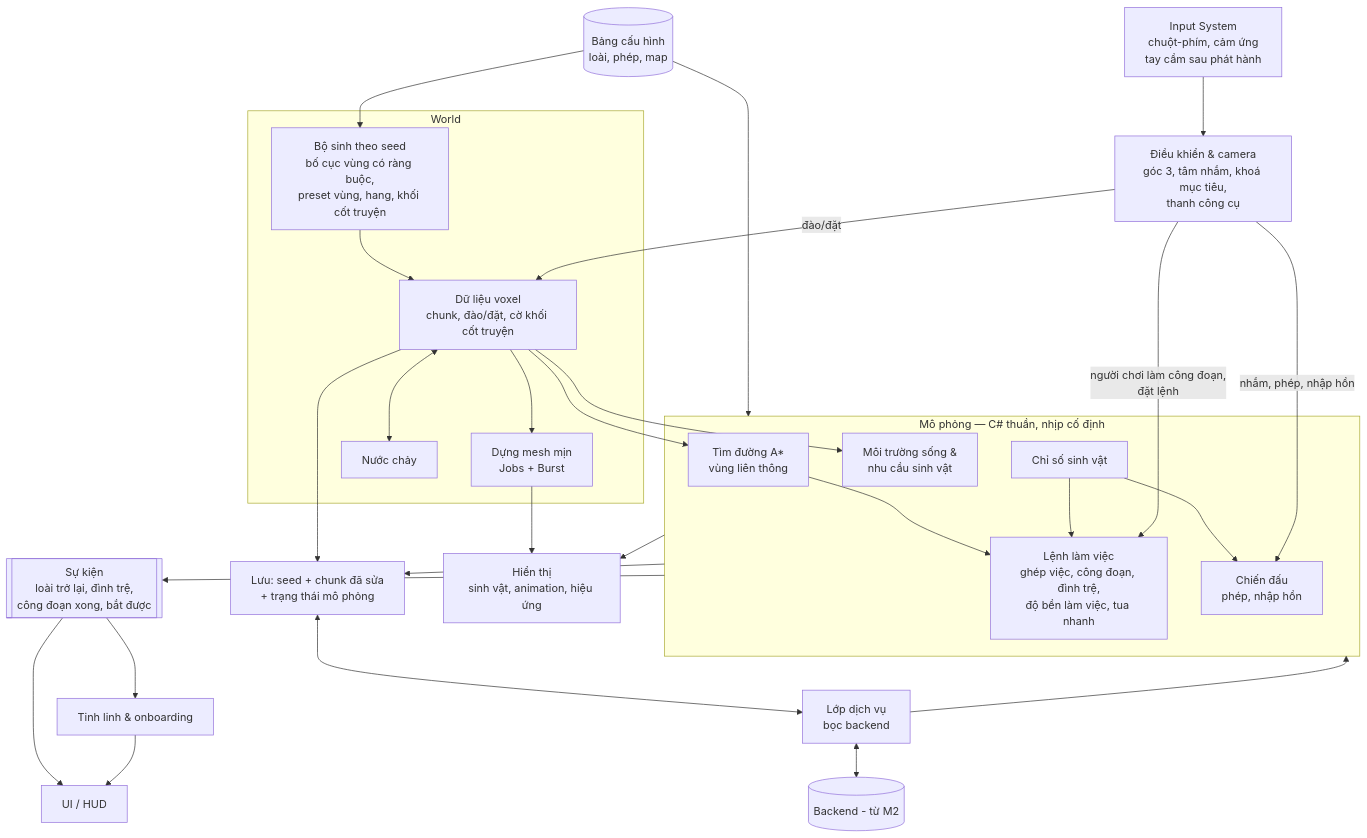
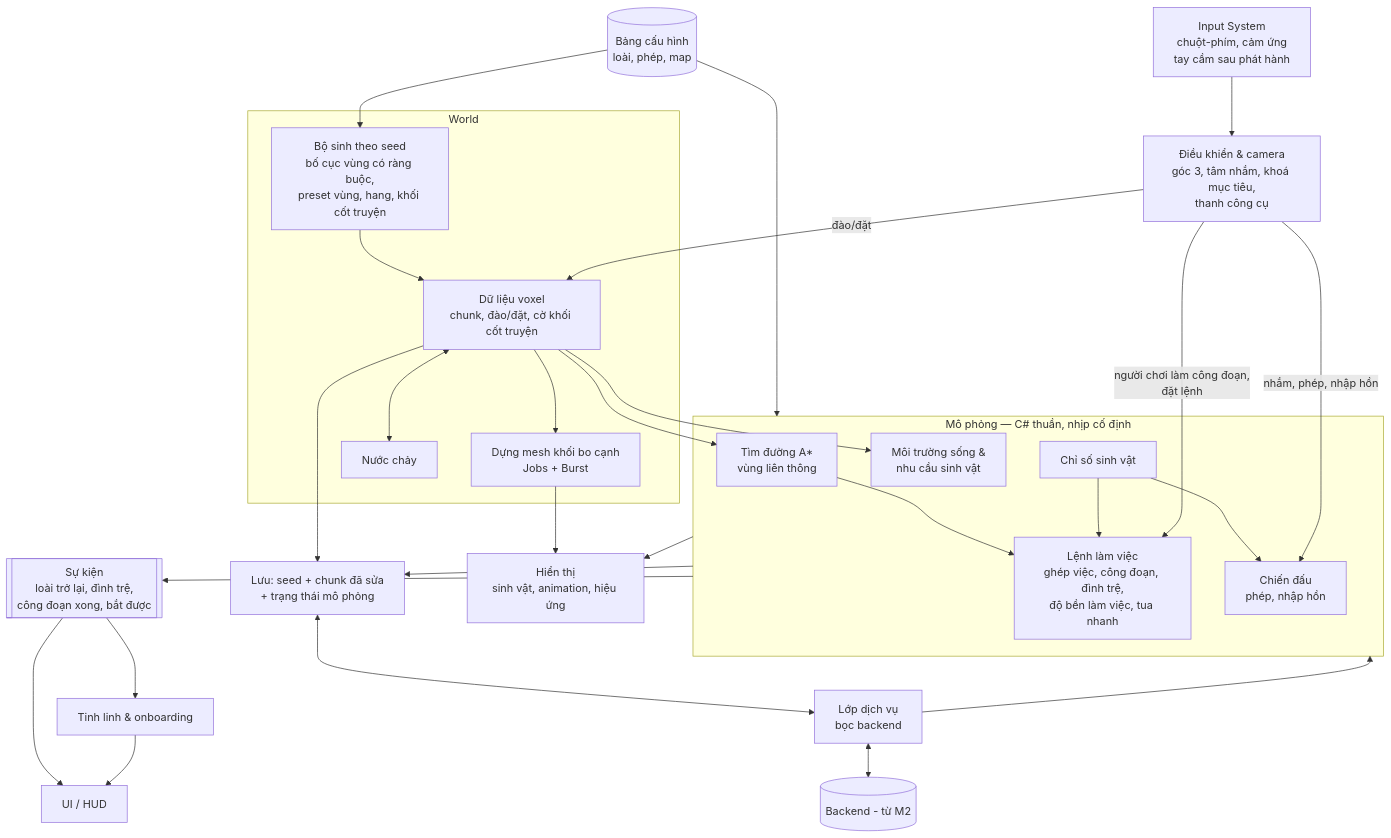
Before and after one commit to w-vi-khang/my-game: the second of 2 diagrams in design/04-tech/architecture.md, drawn with Mermaid. The commit also changed other lines of this file and 32 other files, not shown here.

````diff
--- a/design/04-tech/architecture.md
+++ b/design/04-tech/architecture.md
@@ -94,41 +94,41 @@
 ```mermaid
 flowchart TB
     IN[Input System<br/>chuột-phím, cảm ứng<br/>tay cầm sau phát hành] --> CTRL[Điều khiển & camera<br/>góc 3, tâm nhắm, khoá mục tiêu,<br/>thanh công cụ]
     subgraph WORLD ["World"]
         GEN[Bộ sinh theo seed<br/>bố cục vùng có ràng buộc,<br/>preset vùng, hang, khối cốt truyện]
         VOX[Dữ liệu voxel<br/>chunk, đào/đặt, cờ khối cốt truyện]
-        MESH[Dựng mesh mịn<br/>Jobs + Burst]
+        MESH[Dựng mesh khối bo cạnh<br/>Jobs + Burst]
         WATER[Nước chảy]
         GEN --> VOX
         VOX --> MESH
         VOX <--> WATER
     end
     CTRL -->|đào/đặt| VOX
     subgraph SIM ["Mô phỏng — C# thuần, nhịp cố định"]
         PATH[Tìm đường A*<br/>vùng liên thông]
         WORK[Lệnh làm việc<br/>ghép việc, công đoạn, đình trệ,<br/>độ bền làm việc, tua nhanh]
         HAB[Môi trường sống &<br/>nhu cầu sinh vật]
         STAT[Chỉ số sinh vật]
         COMBAT[Chiến đấu<br/>phép, nhập hồn]
     end
     VOX --> PATH
     VOX --> HAB
     PATH --> WORK
     STAT --> WORK
     STAT --> COMBAT
     CTRL -->|người chơi làm công đoạn,<br/>đặt lệnh| WORK
     CTRL -->|nhắm, phép, nhập hồn| COMBAT
     SIM --> EV[[Sự kiện<br/>loài trở lại, đình trệ,<br/>công đoạn xong, bắt được]]
     EV --> GUIDE[Tinh linh & onboarding]
     SIM --> VIEW[Hiển thị<br/>sinh vật, animation, hiệu ứng]
     EV --> UI[UI / HUD]
     GUIDE --> UI
     MESH --> VIEW
     CFG[(Bảng cấu hình<br/>loài, phép, map)] --> GEN
     CFG --> SIM
     SVC[Lớp dịch vụ<br/>bọc backend] --> SIM
     SVC <--> BE[(Backend - từ M2)]
     SAVE[Lưu: seed + chunk đã sửa<br/>+ trạng thái mô phỏng] <--> SVC
     VOX --> SAVE
     SIM --> SAVE
 ```
````
